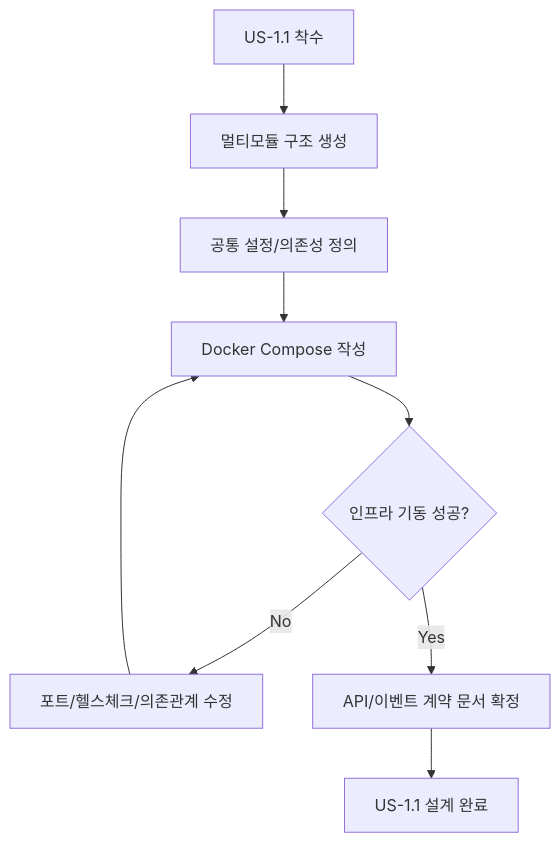
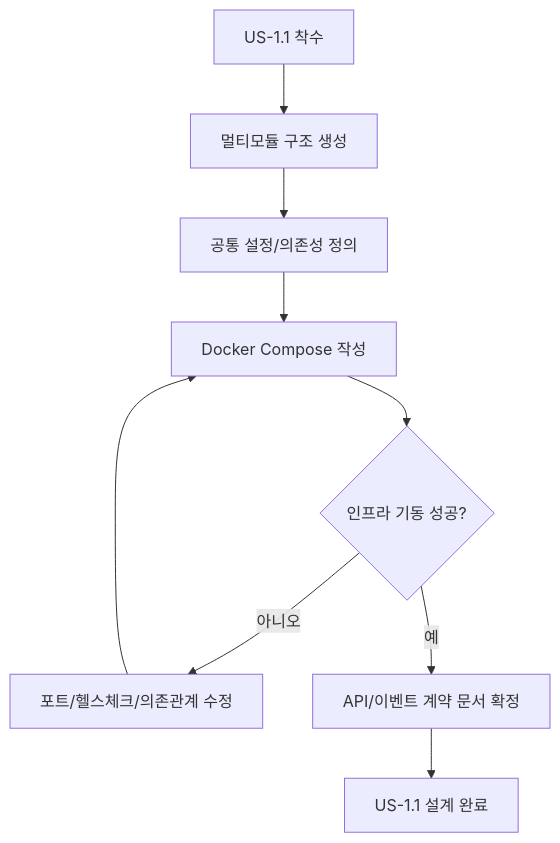
The fourth of 4 diagrams in .agile/sprints/sprint-1/2-delivery/design-implementation.md (JuJin1324/eda-poc), drawn with Mermaid before and after one commit. The commit also changed other lines of this file and 4 other files, not shown here.

Commit message:
refactor: prioritize business-flow diagrams in design-implementation

````diff
--- a/.agile/sprints/sprint-1/2-delivery/design-implementation.md
+++ b/.agile/sprints/sprint-1/2-delivery/design-implementation.md
@@ -87,11 +123,11 @@
 ```mermaid
 flowchart TD
   A[US-1.1 착수] --> B[멀티모듈 구조 생성]
   B --> C[공통 설정/의존성 정의]
   C --> D[Docker Compose 작성]
   D --> E{인프라 기동 성공?}
-  E -->|No| F[포트/헬스체크/의존관계 수정]
+  E -->|아니오| F[포트/헬스체크/의존관계 수정]
   F --> D
-  E -->|Yes| G[API/이벤트 계약 문서 확정]
+  E -->|예| G[API/이벤트 계약 문서 확정]
   G --> H[US-1.1 설계 완료]
 ```
````
